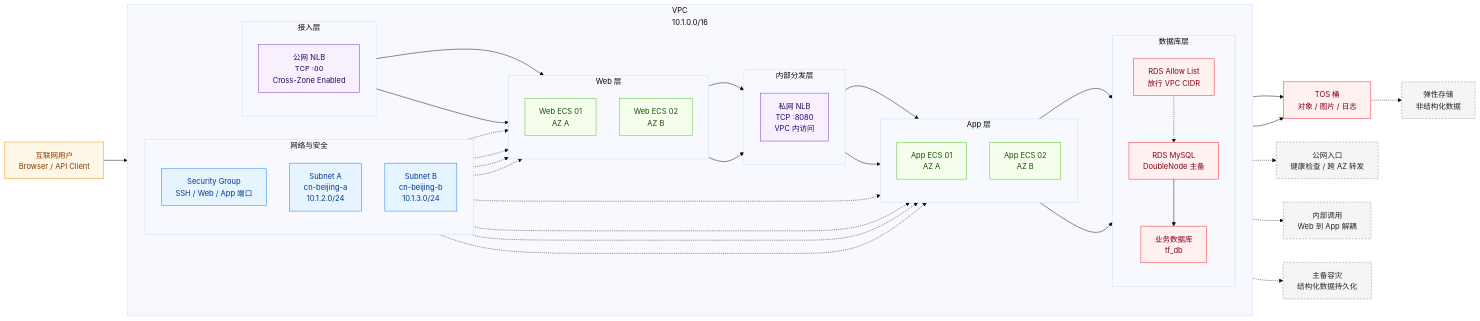
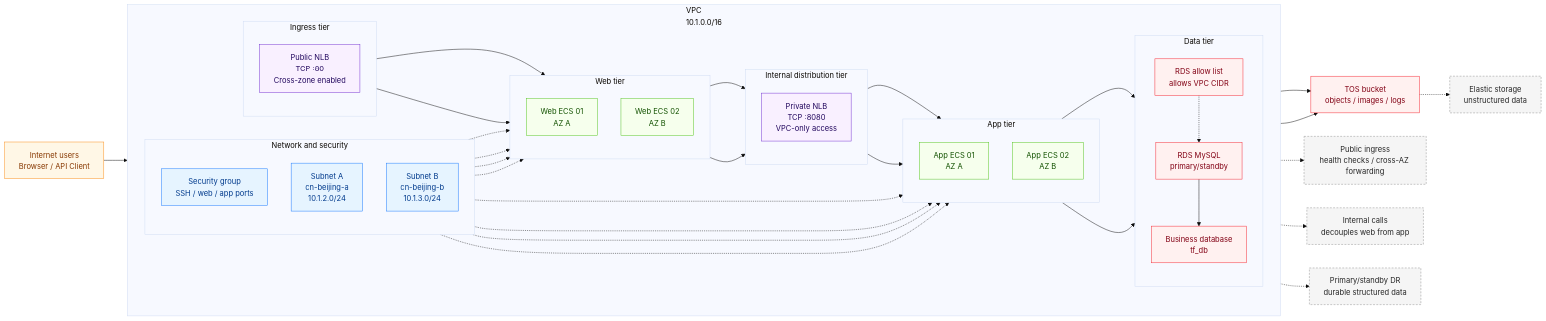
One commit to terraform-volcenginecc-modules/terraform-volcenginecc-scalable-web-application changed the diagram in README.md. Above: the diagram before and after it, drawn with Mermaid (base theme). The commit also changed other lines of this file and 1 other file, not shown here.

````diff
--- a/README.md
+++ b/README.md
@@ -28,82 +28,82 @@
 ```mermaid
 flowchart LR
     classDef user fill:#FFF7E6,stroke:#FA8C16,color:#873800,stroke-width:1px;
     classDef network fill:#E6F4FF,stroke:#1677FF,color:#003A8C,stroke-width:1px;
     classDef compute fill:#F6FFED,stroke:#52C41A,color:#135200,stroke-width:1px;
     classDef lb fill:#F9F0FF,stroke:#722ED1,color:#22075E,stroke-width:1px;
     classDef data fill:#FFF1F0,stroke:#F5222D,color:#820014,stroke-width:1px;
     classDef note fill:#F5F5F5,stroke:#8C8C8C,color:#262626,stroke-dasharray: 4 3;
 
-    Client["互联网用户<br/>Browser / API Client"]:::user
+    Client["Internet users<br/>Browser / API Client"]:::user
 
     subgraph VPC["VPC<br/>10.1.0.0/16"]
         direction LR
 
-        subgraph Net["网络与安全"]
+        subgraph Net["Network and security"]
             direction TB
-            SG["Security Group<br/>SSH / Web / App 端口"]:::network
+            SG["Security group<br/>SSH / web / app ports"]:::network
             SubnetA["Subnet A<br/>cn-beijing-a<br/>10.1.2.0/24"]:::network
             SubnetB["Subnet B<br/>cn-beijing-b<br/>10.1.3.0/24"]:::network
         end
 
-        subgraph Ingress["接入层"]
+        subgraph Ingress["Ingress tier"]
             direction TB
-            PublicNLB["公网 NLB<br/>TCP :80<br/>Cross-Zone Enabled"]:::lb
+            PublicNLB["Public NLB<br/>TCP :80<br/>Cross-zone enabled"]:::lb
         end
 
-        subgraph WebTier["Web 层"]
+        subgraph WebTier["Web tier"]
             direction TB
             WebA["Web ECS 01<br/>AZ A"]:::compute
             WebB["Web ECS 02<br/>AZ B"]:::compute
         end
 
-        subgraph InternalLB["内部分发层"]
+        subgraph InternalLB["Internal distribution tier"]
             direction TB
-            PrivateNLB["私网 NLB<br/>TCP :8080<br/>VPC 内访问"]:::lb
+            PrivateNLB["Private NLB<br/>TCP :8080<br/>VPC-only access"]:::lb
         end
 
-        subgraph AppTier["App 层"]
+        subgraph AppTier["App tier"]
             direction TB
             AppA["App ECS 01<br/>AZ A"]:::compute
             AppB["App ECS 02<br/>AZ B"]:::compute
         end
 
-        subgraph Database["数据库层"]
+        subgraph Database["Data tier"]
             direction TB
-            RDS["RDS MySQL<br/>DoubleNode 主备"]:::data
-            DB["业务数据库<br/>tf_db"]:::data
-            AllowList["RDS Allow List<br/>放行 VPC CIDR"]:::data
+            RDS["RDS MySQL<br/>primary/standby"]:::data
+            DB["Business database<br/>tf_db"]:::data
+            AllowList["RDS allow list<br/>allows VPC CIDR"]:::data
         end
     end
 
-    TOS["TOS 桶<br/>对象 / 图片 / 日志"]:::data
+    TOS["TOS bucket<br/>objects / images / logs"]:::data
 
     Client --> PublicNLB
     PublicNLB --> WebA
     PublicNLB --> WebB
     WebA --> PrivateNLB
     WebB --> PrivateNLB
     PrivateNLB --> AppA
     PrivateNLB --> AppB
     AppA --> RDS
     AppB --> RDS
     RDS --> DB
     AllowList -.-> RDS
     AppA --> TOS
     AppB --> TOS
 
     SG -.-> WebA
     SG -.-> WebB
     SG -.-> AppA
     SG -.-> AppB
 
     SubnetA -.-> WebA
     SubnetA -.-> AppA
     SubnetB -.-> WebB
     SubnetB -.-> AppB
 
-    PublicNLB -.-> N1["公网入口<br/>健康检查 / 跨 AZ 转发"]:::note
-    PrivateNLB -.-> N2["内部调用<br/>Web 到 App 解耦"]:::note
-    RDS -.-> N3["主备容灾<br/>结构化数据持久化"]:::note
-    TOS -.-> N4["弹性存储<br/>非结构化数据"]:::note
+    PublicNLB -.-> N1["Public ingress<br/>health checks / cross-AZ forwarding"]:::note
+    PrivateNLB -.-> N2["Internal calls<br/>decouples web from app"]:::note
+    RDS -.-> N3["Primary/standby DR<br/>durable structured data"]:::note
+    TOS -.-> N4["Elastic storage<br/>unstructured data"]:::note
 ```
````
